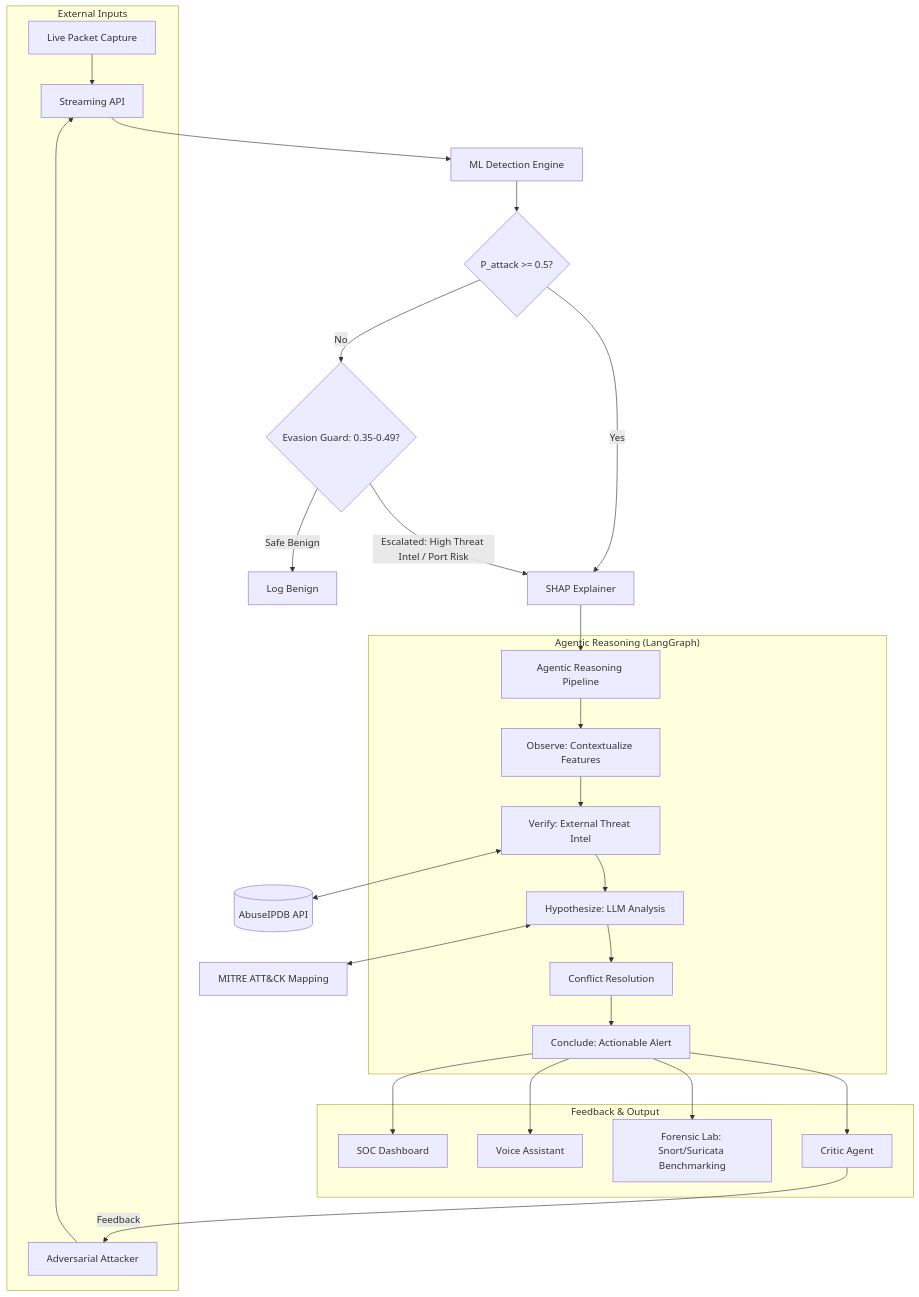
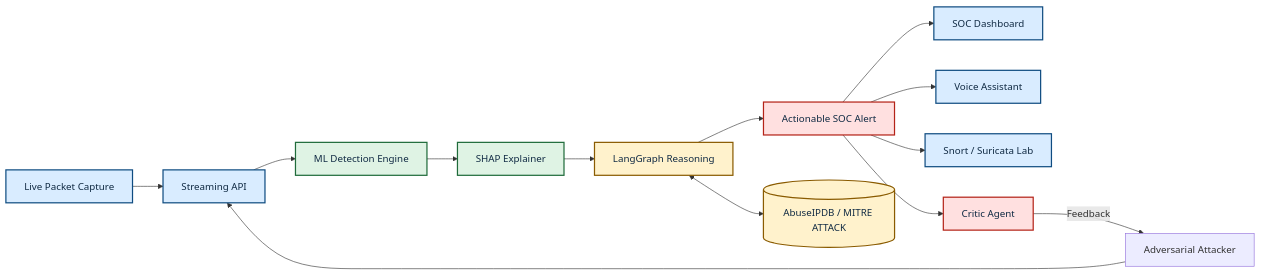
Before and after one commit to omerfarooq223/shap-agentic-ids: the diagram in README.md, drawn with Mermaid. The commit also changed other lines of this file and 7 other files, not shown here.

Commit message:
DEPLOYEMNT PHASE: update .gitignore, enhance QUICK_START and README documentation, and improve agent logic for conflict resolution

````diff
--- a/README.md
+++ b/README.md
@@ -27,36 +27,29 @@
 ```mermaid
-flowchart TD
-    subgraph "External Inputs"
-        Capture[Live Packet Capture] --> Pipe[Streaming API]
-        RedTeam[Adversarial Attacker] --> Pipe
-    end
+flowchart LR
+    Capture[Live Packet Capture] --> Stream[Streaming API]
+    RedTeam[Adversarial Attacker] --> Stream
 
-    Pipe --> B[ML Detection Engine]
-    B --> C{P_attack >= 0.5?}
-    C -- Yes --> E[SHAP Explainer]
-    C -- No --> EG{Evasion Guard: 0.35-0.49?}
-    
-    EG -- Safe Benign --> D[Log Benign]
-    EG -- Escalated: High Threat Intel / Port Risk --> E
-    
-    E --> F[Agentic Reasoning Pipeline]
-    
-    subgraph "Agentic Reasoning (LangGraph)"
-        F --> G[Observe: Contextualize Features]
-        G --> H[Verify: External Threat Intel]
-        H --> I[Hypothesize: LLM Analysis]
-        I --> J[Conflict Resolution]
-        J --> K[Conclude: Actionable Alert]
-    end
-    
-    subgraph "Feedback & Output"
-        K --> L[SOC Dashboard]
-        K --> O[Voice Assistant]
-        K --> P[Forensic Lab: Snort/Suricata Benchmarking]
-        K --> Q[Critic Agent]
-        Q -->|Feedback| RedTeam
-    end
-    
-    H <--> M[(AbuseIPDB API)]
-    I <--> N[MITRE ATT&CK Mapping]
+    Stream --> Detect[ML Detection Engine]
+    Detect --> Explain[SHAP Explainer]
+    Explain --> Reason[LangGraph Reasoning]
+    Reason --> Alert[Actionable SOC Alert]
+
+    Reason <--> Intel[(AbuseIPDB / MITRE ATTACK)]
+    Alert --> Dashboard[SOC Dashboard]
+    Alert --> Voice[Voice Assistant]
+    Alert --> Lab[Snort / Suricata Lab]
+    Critic[Critic Agent] -->|Feedback| RedTeam
+    Alert --> Critic
+
+    style Capture fill:#d9ecff,stroke:#0f4c81,stroke-width:2px,color:#102a43
+    style Stream fill:#d9ecff,stroke:#0f4c81,stroke-width:2px,color:#102a43
+    style Detect fill:#dff3e4,stroke:#1f6b3a,stroke-width:2px,color:#102a43
+    style Explain fill:#dff3e4,stroke:#1f6b3a,stroke-width:2px,color:#102a43
+    style Reason fill:#fff2cc,stroke:#8a5b00,stroke-width:2px,color:#102a43
+    style Alert fill:#ffe0e0,stroke:#b42318,stroke-width:2px,color:#102a43
+    style Dashboard fill:#d9ecff,stroke:#0f4c81,stroke-width:2px,color:#102a43
+    style Voice fill:#d9ecff,stroke:#0f4c81,stroke-width:2px,color:#102a43
+    style Lab fill:#d9ecff,stroke:#0f4c81,stroke-width:2px,color:#102a43
+    style Critic fill:#ffe0e0,stroke:#b42318,stroke-width:2px,color:#102a43
+    style Intel fill:#fff2cc,stroke:#8a5b00,stroke-width:2px,color:#102a43
 ```
````
